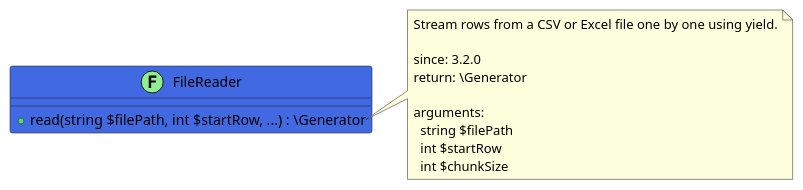
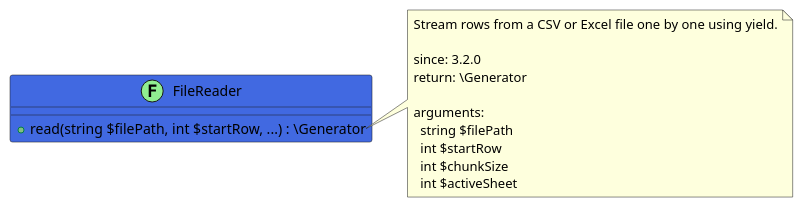
One commit to joomengine/super-powers changed the diagram in src/dcb0e061-f337-44f7-87f2-f5c5fb9ce917/README.md. Above: the diagram before and after it, drawn with PlantUML. The commit also changed other lines of this file and 87 other files, not shown here.

````diff
--- a/src/dcb0e061-f337-44f7-87f2-f5c5fb9ce917/README.md
+++ b/src/dcb0e061-f337-44f7-87f2-f5c5fb9ce917/README.md
@@ -5,21 +5,22 @@
 ```uml
 @startuml
 
 class FileReader << (F,LightGreen) >> #RoyalBlue {
   + read(string $filePath, int $startRow, ...) : \Generator
 }
 
 note right of FileReader::read
   Stream rows from a CSV or Excel file one by one using yield.
 
   since: 3.2.0
   return: \Generator
   
   arguments:
     string $filePath
     int $startRow
     int $chunkSize
+    int $activeSheet
 end note
 
 @enduml
 ```
````
